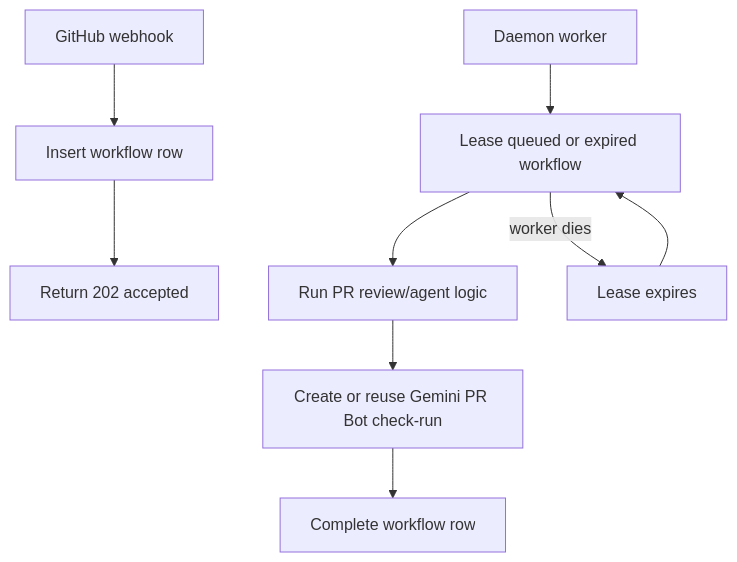
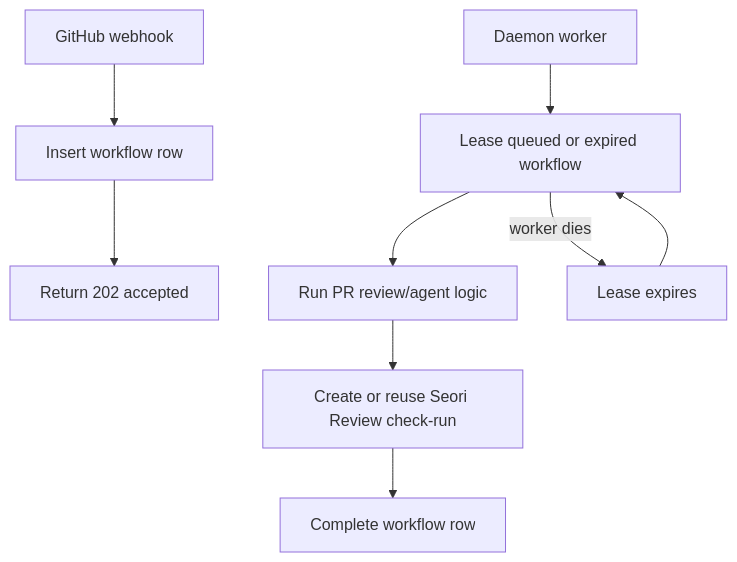
Before and after one commit to seorilabs/gemini-pr-bot: the fourth of 4 diagrams in README.md, drawn with Mermaid. The commit also changed other lines of this file and 12 other files, not shown here.

````diff
--- a/README.md
+++ b/README.md
@@ -83,11 +89,11 @@
 ```mermaid
 flowchart TD
   Webhook["GitHub webhook"] --> Enqueue["Insert workflow row"]
   Enqueue --> Ack["Return 202 accepted"]
   Worker["Daemon worker"] --> Lease["Lease queued or expired workflow"]
   Lease --> Bot["Run PR review/agent logic"]
-  Bot --> Check["Create or reuse Gemini PR Bot check-run"]
+  Bot --> Check["Create or reuse Seori Review check-run"]
   Check --> Done["Complete workflow row"]
   Lease -->|worker dies| Expire["Lease expires"]
   Expire --> Lease
 ```
````
